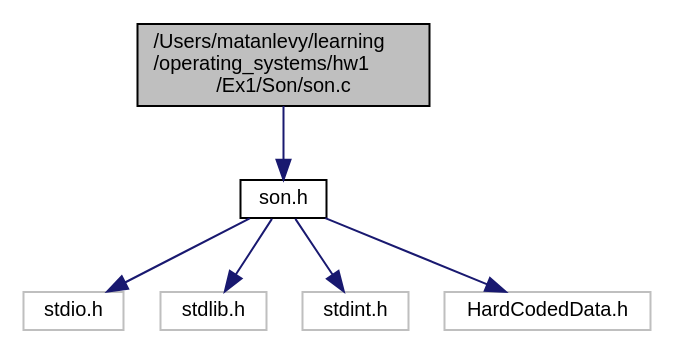
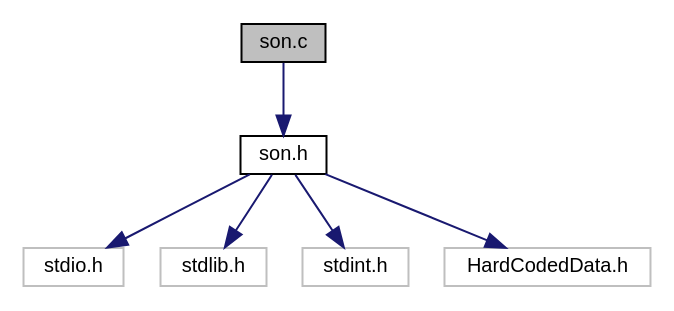
Before and after one commit to LevyMatan/ISP_ex1_doc: the diagram in son_8c__incl.dot, drawn with Graphviz. The commit also changed 81 other files, not shown here.

```diff
--- a/son_8c__incl.dot
+++ b/son_8c__incl.dot
@@ -1,18 +1,18 @@
-digraph "/Users/matanlevy/learning/operating_systems/hw1/Ex1/Son/son.c"
+digraph "son.c"
 {
  // INTERACTIVE_SVG=YES
  // LATEX_PDF_SIZE
   edge [fontname="Helvetica",fontsize="10",labelfontname="Helvetica",labelfontsize="10"];
   node [fontname="Helvetica",fontsize="10",shape=record];
-  Node1 [label="/Users/matanlevy/learning\l/operating_systems/hw1\l/Ex1/Son/son.c",height=0.2,width=0.4,color="black", fillcolor="grey75", style="filled", fontcolor="black",tooltip=" "];
+  Node1 [label="son.c",height=0.2,width=0.4,color="black", fillcolor="grey75", style="filled", fontcolor="black",tooltip=" "];
   Node1 -> Node2 [color="midnightblue",fontsize="10",style="solid",fontname="Helvetica"];
   Node2 [label="son.h",height=0.2,width=0.4,color="black", fillcolor="white", style="filled",URL="$son_8h.html",tooltip="Son header file."];
   Node2 -> Node3 [color="midnightblue",fontsize="10",style="solid",fontname="Helvetica"];
   Node3 [label="stdio.h",height=0.2,width=0.4,color="grey75", fillcolor="white", style="filled",tooltip=" "];
   Node2 -> Node4 [color="midnightblue",fontsize="10",style="solid",fontname="Helvetica"];
   Node4 [label="stdlib.h",height=0.2,width=0.4,color="grey75", fillcolor="white", style="filled",tooltip=" "];
   Node2 -> Node5 [color="midnightblue",fontsize="10",style="solid",fontname="Helvetica"];
   Node5 [label="stdint.h",height=0.2,width=0.4,color="grey75", fillcolor="white", style="filled",tooltip=" "];
   Node2 -> Node6 [color="midnightblue",fontsize="10",style="solid",fontname="Helvetica"];
   Node6 [label="HardCodedData.h",height=0.2,width=0.4,color="grey75", fillcolor="white", style="filled",tooltip=" "];
 }
```
